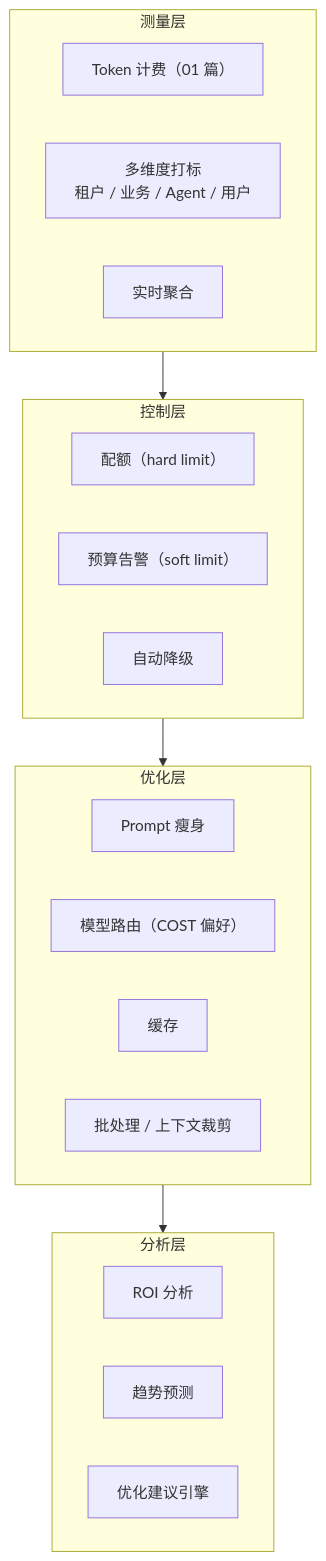
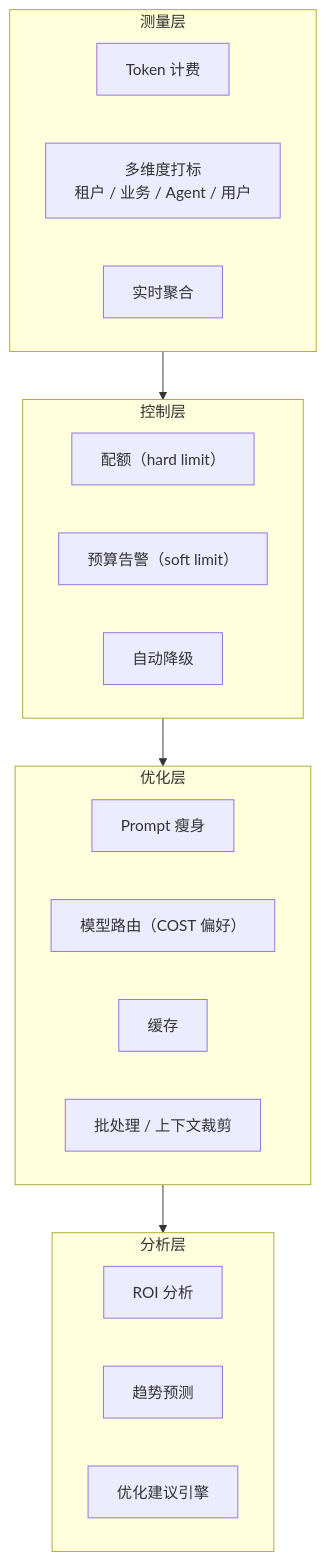
Before and after one commit to UranusGit/java-agent-learn: the first of 4 diagrams in docs/ai-serving/04-成本治理.md, drawn with Mermaid. The commit also changed other lines of this file and 184 other files, not shown here.

````diff
--- a/docs/ai-serving/04-成本治理.md
+++ b/docs/ai-serving/04-成本治理.md
@@ -16,25 +16,25 @@
 ```mermaid
 flowchart TD
     subgraph Measure["测量层"]
-        M1["Token 计费（01 篇）"]
+        M1["Token 计费"]
         M2["多维度打标<br/>租户 / 业务 / Agent / 用户"]
         M3["实时聚合"]
     end
     subgraph Control["控制层"]
         C1["配额（hard limit）"]
         C2["预算告警（soft limit）"]
         C3["自动降级"]
     end
     subgraph Opt["优化层"]
         O1["Prompt 瘦身"]
         O2["模型路由（COST 偏好）"]
         O3["缓存"]
         O4["批处理 / 上下文裁剪"]
     end
     subgraph Analy["分析层"]
         A1["ROI 分析"]
         A2["趋势预测"]
         A3["优化建议引擎"]
     end
     Measure --> Control --> Opt --> Analy
 ```
````
